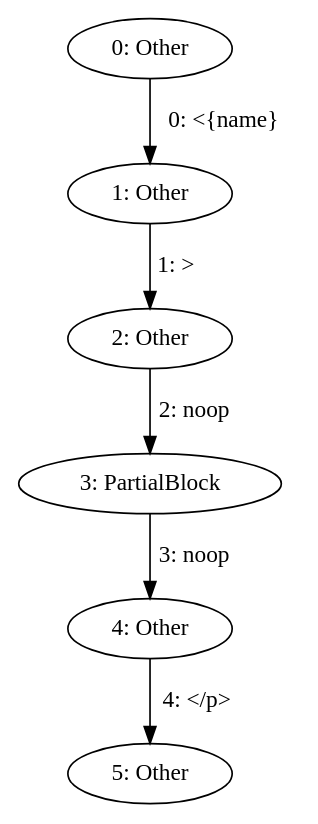
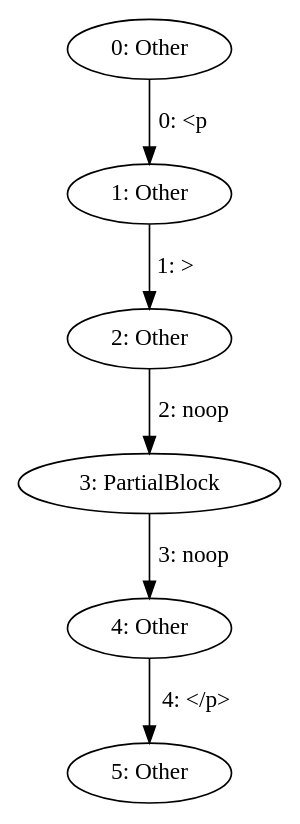
The diagram in zero-cost-templating/partial_block_partial.html.dot (mohe2015/zero-cost-templating), drawn with Graphviz before and after one commit. The commit also changed 6 other files, not shown here.

```diff
--- a/zero-cost-templating/partial_block_partial.html.dot
+++ b/zero-cost-templating/partial_block_partial.html.dot
@@ -1,13 +1,13 @@
 digraph {
     0 [ label = "0: Other" ]
     1 [ label = "1: Other" ]
     2 [ label = "2: Other" ]
     3 [ label = "3: PartialBlock" ]
     4 [ label = "4: Other" ]
     5 [ label = "5: Other" ]
-    0 -> 1 [ label = "0: <{name}" ]
+    0 -> 1 [ label = "0: <p" ]
     1 -> 2 [ label = "1: >" ]
     2 -> 3 [ label = "2: noop" ]
     3 -> 4 [ label = "3: noop" ]
     4 -> 5 [ label = "4: </p>" ]
 }
```
